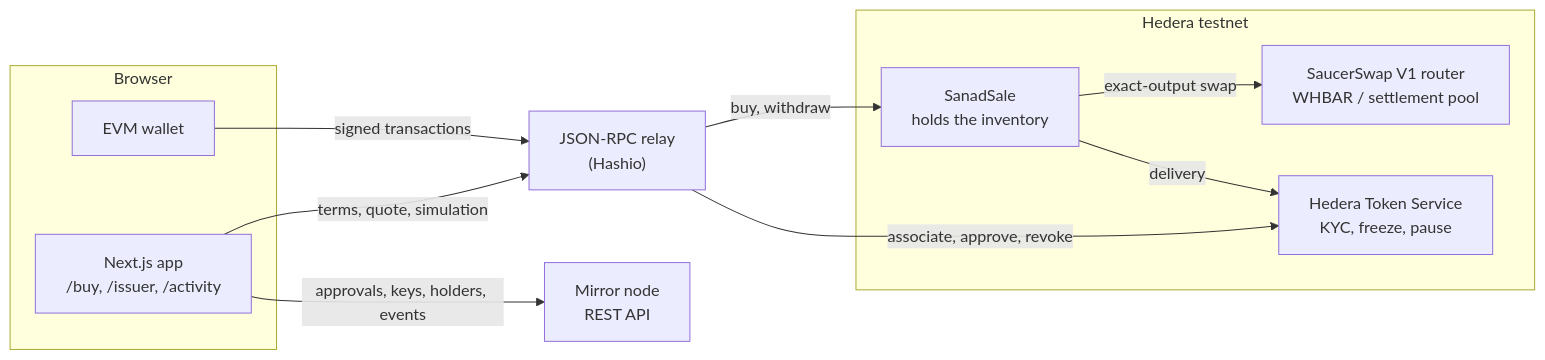
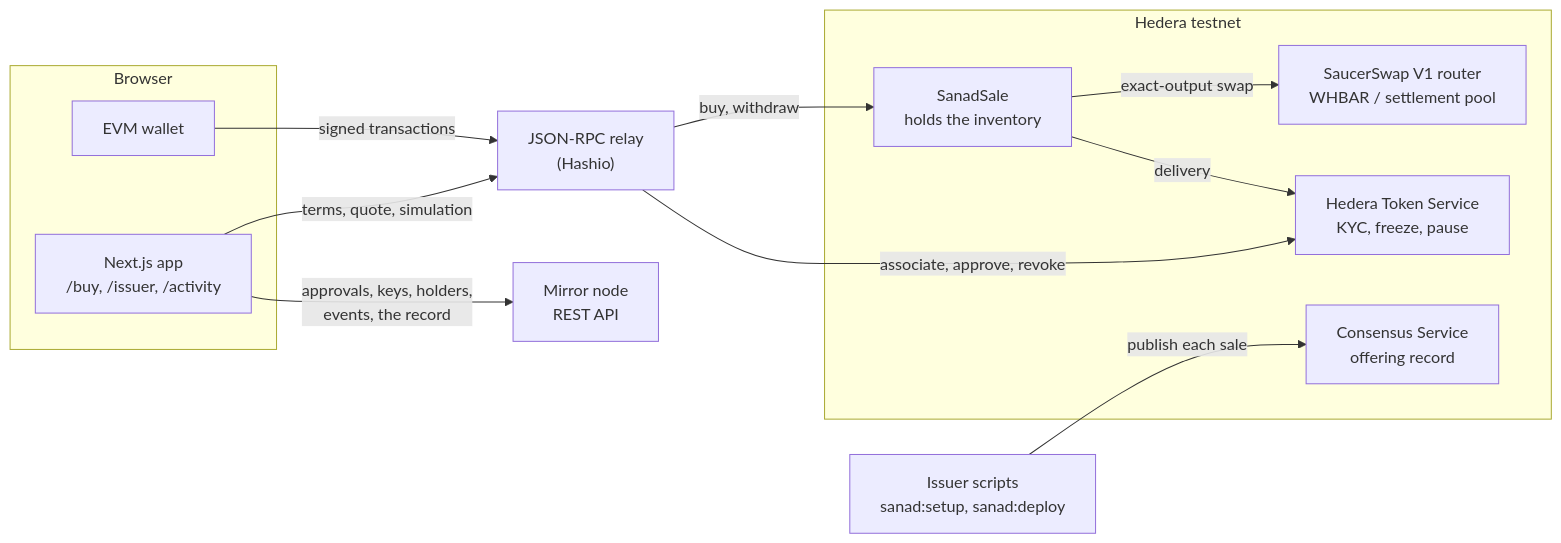
One commit to farouk-allani/template-hedera-sanad changed the first of 2 diagrams in README.md. Above: the diagram before and after it, drawn with Mermaid. The commit also changed other lines of this file and 8 other files, not shown here.

````diff
--- a/README.md
+++ b/README.md
@@ -84,21 +84,24 @@
 ```mermaid
 flowchart LR
   subgraph browser [Browser]
     app["Next.js app<br/>/buy, /issuer, /activity"]
     wallet["EVM wallet"]
   end
+  scripts["Issuer scripts<br/>sanad:setup, sanad:deploy"]
   relay["JSON-RPC relay<br/>(Hashio)"]
   mirror["Mirror node<br/>REST API"]
   subgraph ledger [Hedera testnet]
     sale["SanadSale<br/>holds the inventory"]
     router["SaucerSwap V1 router<br/>WHBAR / settlement pool"]
     hts["Hedera Token Service<br/>KYC, freeze, pause"]
+    hcs["Consensus Service<br/>offering record"]
   end
+  scripts -- "publish each sale" --> hcs
   app -- "terms, quote, simulation" --> relay
-  app -- "approvals, keys, holders, events" --> mirror
+  app -- "approvals, keys, holders,<br/>events, the record" --> mirror
   wallet -- "signed transactions" --> relay
   relay -- "buy, withdraw" --> sale
   relay -- "associate, approve, revoke" --> hts
   sale -- "exact-output swap" --> router
   sale -- "delivery" --> hts
 ```
````
